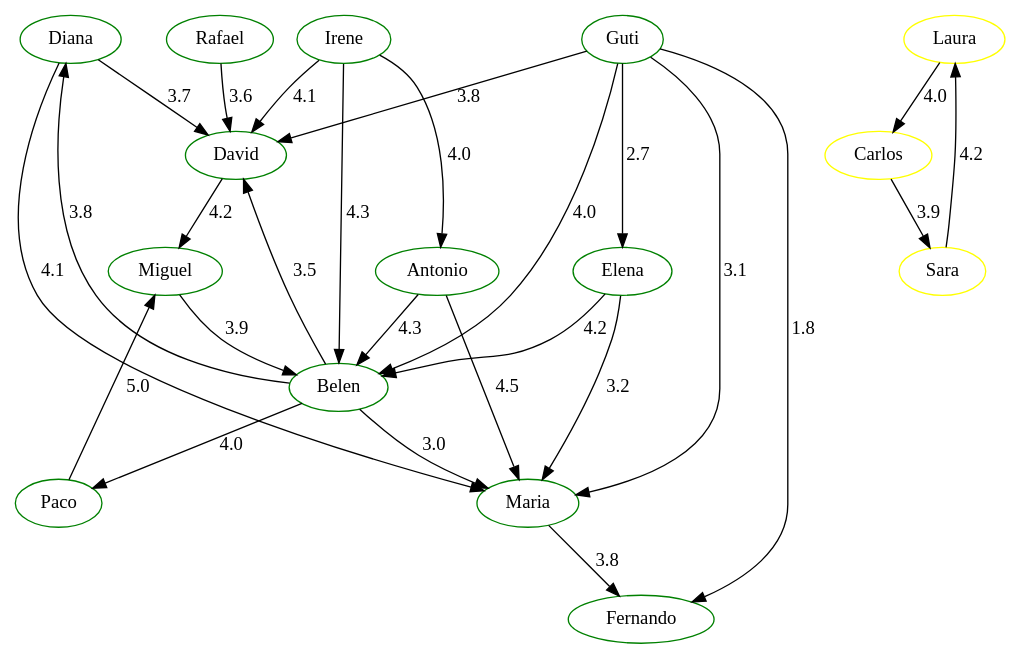
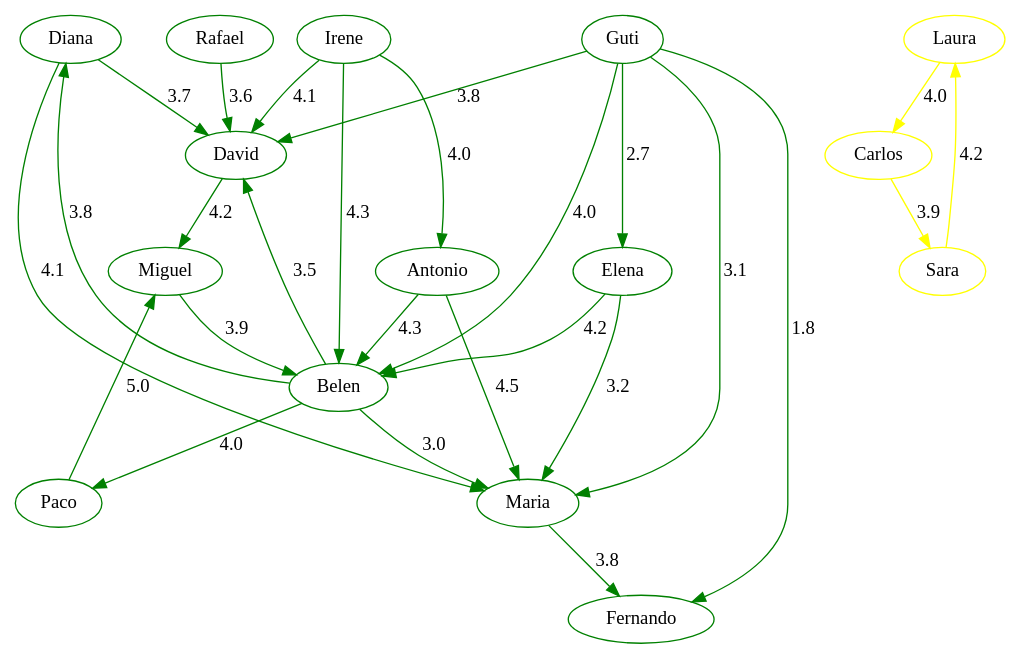
Before and after one commit to IMora04/ADDA_LAB_DELIVERIES_T1: the diagram in ficheros_generadosP3/ejercicio1_1_1b.gv, drawn with Graphviz. The commit also changed 21 other files, not shown here.

```diff
--- a/ficheros_generadosP3/ejercicio1_1_1b.gv
+++ b/ficheros_generadosP3/ejercicio1_1_1b.gv
@@ -1,43 +1,43 @@
-strict digraph G {
+digraph G {
   1 [ color="green" label="Diana" ];
   2 [ color="green" label="Guti" ];
   3 [ color="green" label="David" ];
   4 [ color="green" label="Miguel" ];
   5 [ color="green" label="Belen" ];
   6 [ color="green" label="Rafael" ];
   7 [ color="green" label="Paco" ];
   8 [ color="green" label="Elena" ];
   9 [ color="green" label="Fernando" ];
   10 [ color="green" label="Irene" ];
   11 [ color="green" label="Antonio" ];
   12 [ color="green" label="Maria" ];
   13 [ color="yellow" label="Laura" ];
   14 [ color="yellow" label="Carlos" ];
   15 [ color="yellow" label="Sara" ];
-  2 -> 5 [ color="black" label="4.0" ];
-  1 -> 3 [ color="black" label="3.7" ];
-  3 -> 4 [ color="black" label="4.2" ];
-  5 -> 1 [ color="black" label="3.8" ];
-  1 -> 12 [ color="black" label="4.1" ];
-  10 -> 5 [ color="black" label="4.3" ];
-  2 -> 3 [ color="black" label="3.8" ];
-  2 -> 8 [ color="black" label="2.7" ];
-  2 -> 12 [ color="black" label="3.1" ];
-  11 -> 12 [ color="black" label="4.5" ];
-  2 -> 9 [ color="black" label="1.8" ];
-  4 -> 5 [ color="black" label="3.9" ];
-  5 -> 7 [ color="black" label="4.0" ];
-  5 -> 12 [ color="black" label="3.0" ];
-  6 -> 3 [ color="black" label="3.6" ];
-  8 -> 5 [ color="black" label="4.2" ];
-  5 -> 3 [ color="black" label="3.5" ];
-  10 -> 11 [ color="black" label="4.0" ];
-  7 -> 4 [ color="black" label="5.0" ];
-  11 -> 5 [ color="black" label="4.3" ];
-  12 -> 9 [ color="black" label="3.8" ];
-  10 -> 3 [ color="black" label="4.1" ];
-  8 -> 12 [ color="black" label="3.2" ];
-  13 -> 14 [ color="black" label="4.0" ];
-  14 -> 15 [ color="black" label="3.9" ];
-  15 -> 13 [ color="black" label="4.2" ];
+  2 -> 5 [ color="green" label="4.0" ];
+  1 -> 3 [ color="green" label="3.7" ];
+  3 -> 4 [ color="green" label="4.2" ];
+  5 -> 1 [ color="green" label="3.8" ];
+  1 -> 12 [ color="green" label="4.1" ];
+  10 -> 5 [ color="green" label="4.3" ];
+  2 -> 3 [ color="green" label="3.8" ];
+  2 -> 8 [ color="green" label="2.7" ];
+  2 -> 12 [ color="green" label="3.1" ];
+  11 -> 12 [ color="green" label="4.5" ];
+  2 -> 9 [ color="green" label="1.8" ];
+  4 -> 5 [ color="green" label="3.9" ];
+  5 -> 7 [ color="green" label="4.0" ];
+  5 -> 12 [ color="green" label="3.0" ];
+  6 -> 3 [ color="green" label="3.6" ];
+  8 -> 5 [ color="green" label="4.2" ];
+  5 -> 3 [ color="green" label="3.5" ];
+  10 -> 11 [ color="green" label="4.0" ];
+  7 -> 4 [ color="green" label="5.0" ];
+  11 -> 5 [ color="green" label="4.3" ];
+  12 -> 9 [ color="green" label="3.8" ];
+  10 -> 3 [ color="green" label="4.1" ];
+  8 -> 12 [ color="green" label="3.2" ];
+  13 -> 14 [ color="yellow" label="4.0" ];
+  14 -> 15 [ color="yellow" label="3.9" ];
+  15 -> 13 [ color="yellow" label="4.2" ];
 }
```
